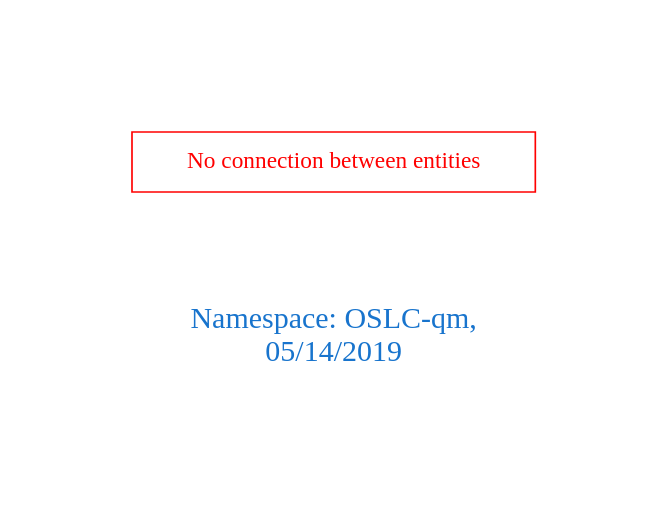
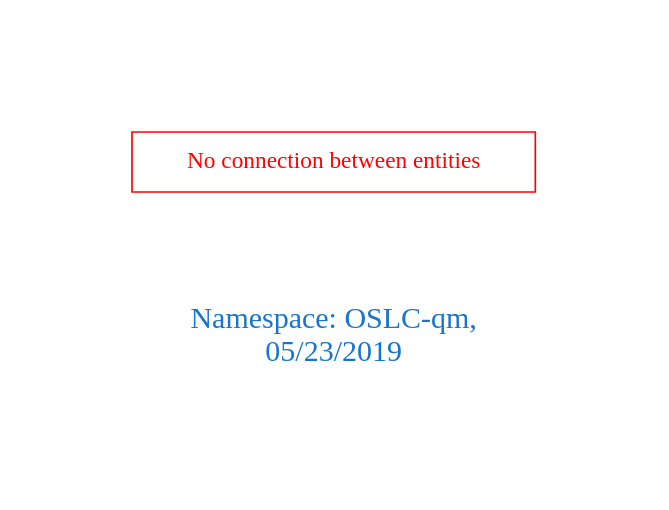
One commit to arago/OGIT changed the diagram in downloads/OSLC-qm.dot. Above: the diagram before and after it, drawn with Graphviz. The commit also changed 1391 other files, not shown here.

```diff
--- a/downloads/OSLC-qm.dot
+++ b/downloads/OSLC-qm.dot
@@ -1,9 +1,9 @@
 digraph OGIT_ontology {
  graph [ rankdir= LR,pad=1 
 fontsize = 18,
-fontcolor= dodgerblue3,label = "\n\n\nNamespace: OSLC-qm, \n 05/14/2019"];
+fontcolor= dodgerblue3,label = "\n\n\nNamespace: OSLC-qm, \n 05/23/2019"];
 node[shape=polygon];
 edge [  color="gray81"];
 
 "No connection between entities" [fontcolor = "red",color="red", shape="polygon"]
 }
```
